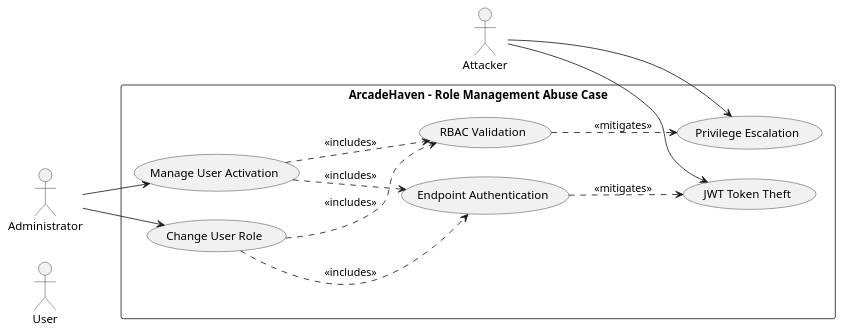
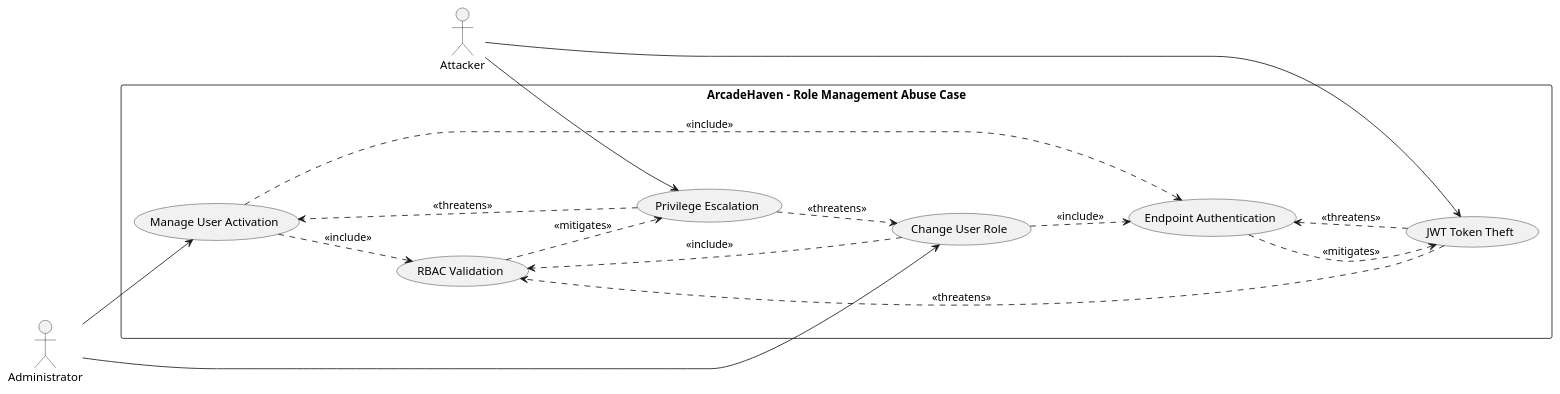
One commit to mei-desofs/desofs2026-wed_nap_2 changed the diagram in Documentation/ThreatModeling/AbuseCases/v2/role-management-abuse-case.puml. Above: the diagram before and after it, drawn with PlantUML. The commit also changed 11 other files, not shown here.

```diff
--- a/Documentation/ThreatModeling/AbuseCases/v2/role-management-abuse-case.puml
+++ b/Documentation/ThreatModeling/AbuseCases/v2/role-management-abuse-case.puml
@@ -1,29 +1,34 @@
 @startuml
 
 left to right direction
 skinparam packageStyle rectangle
 
-actor User
 actor Attacker
 actor Administrator
 
 rectangle "ArcadeHaven - Role Management Abuse Case" {
 
   Administrator --> (Manage User Activation)
   Administrator --> (Change User Role)
 
   Attacker --> (Privilege Escalation)
   Attacker --> (JWT Token Theft)
 
-  (Change User Role) ..> (RBAC Validation) : <<includes>>
-  (Change User Role) ..> (Endpoint Authentication) : <<includes>>
+  (Change User Role) ..> (RBAC Validation) : <<include>>
+  (Change User Role) ..> (Endpoint Authentication) : <<include>>
 
-  (Manage User Activation) ..> (RBAC Validation) : <<includes>>
-  (Manage User Activation) ..> (Endpoint Authentication) : <<includes>>
+  (Manage User Activation) ..> (RBAC Validation) : <<include>>
+  (Manage User Activation) ..> (Endpoint Authentication) : <<include>>
 
   (RBAC Validation) ..> (Privilege Escalation) : <<mitigates>>
   (Endpoint Authentication) ..> (JWT Token Theft) : <<mitigates>>
 
+  (Privilege Escalation) ..> (Change User Role) : <<threatens>>
+  (Privilege Escalation) ..> (Manage User Activation) : <<threatens>>
+
+  (JWT Token Theft) ..> (Endpoint Authentication) : <<threatens>>
+  (JWT Token Theft) ..> (RBAC Validation) : <<threatens>>
+
 }
 
 @enduml
```
